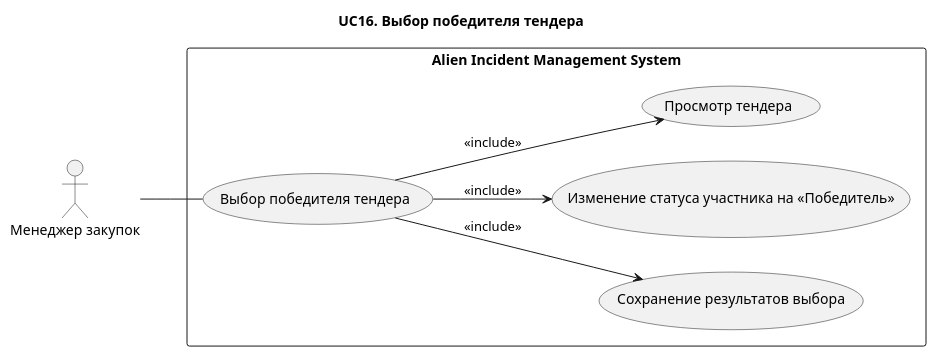
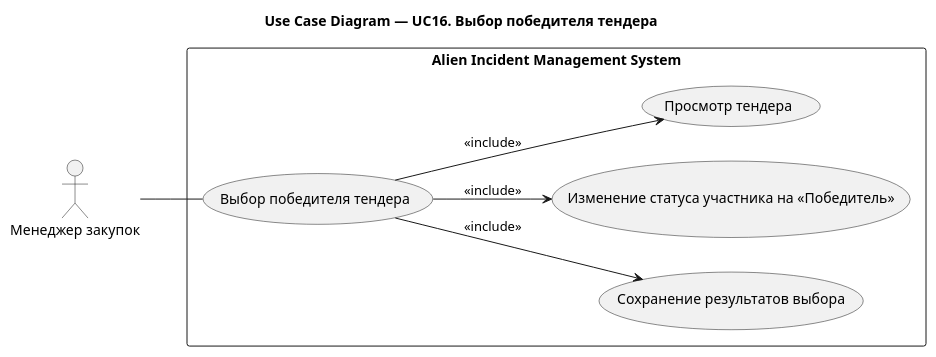
The diagram in docs/use-case/UC16.md (Andryss/AIMS), drawn with PlantUML before and after one commit. The commit also changed 31 other files, not shown here.

````diff
--- a/docs/use-case/UC16.md
+++ b/docs/use-case/UC16.md
@@ -5,25 +5,25 @@
 ```plantuml
 @startuml
-title UC16. Выбор победителя тендера
+title Use Case Diagram — UC16. Выбор победителя тендера
 left to right direction
 
 actor "Менеджер закупок" as Procurement
 
 rectangle "Alien Incident Management System" {
 
 (Выбор победителя тендера) as UC11
 
 (Сохранение результатов выбора) as UC115
 (Изменение статуса участника на «Победитель») as UC114
 (Просмотр тендера) as UC111
 
 }
 
 Procurement -- UC11
 
 UC11 --> UC111 : <<include>>
 UC11 --> UC114 : <<include>>
 UC11 --> UC115 : <<include>>
 
 @enduml
 ```
````
